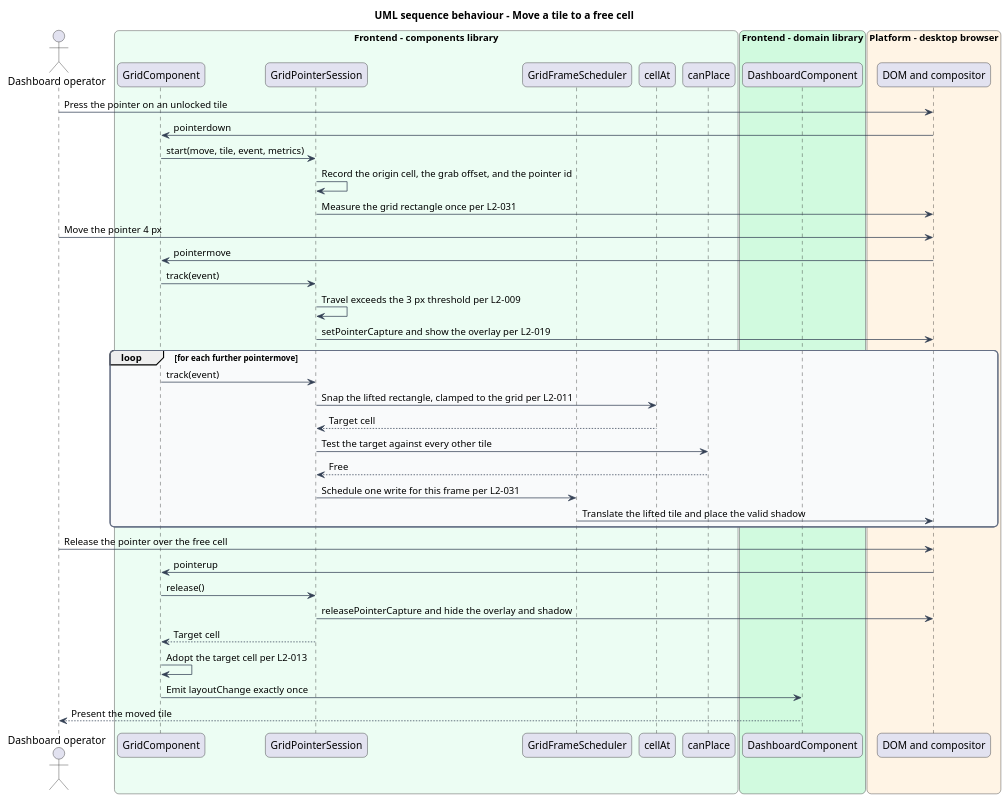
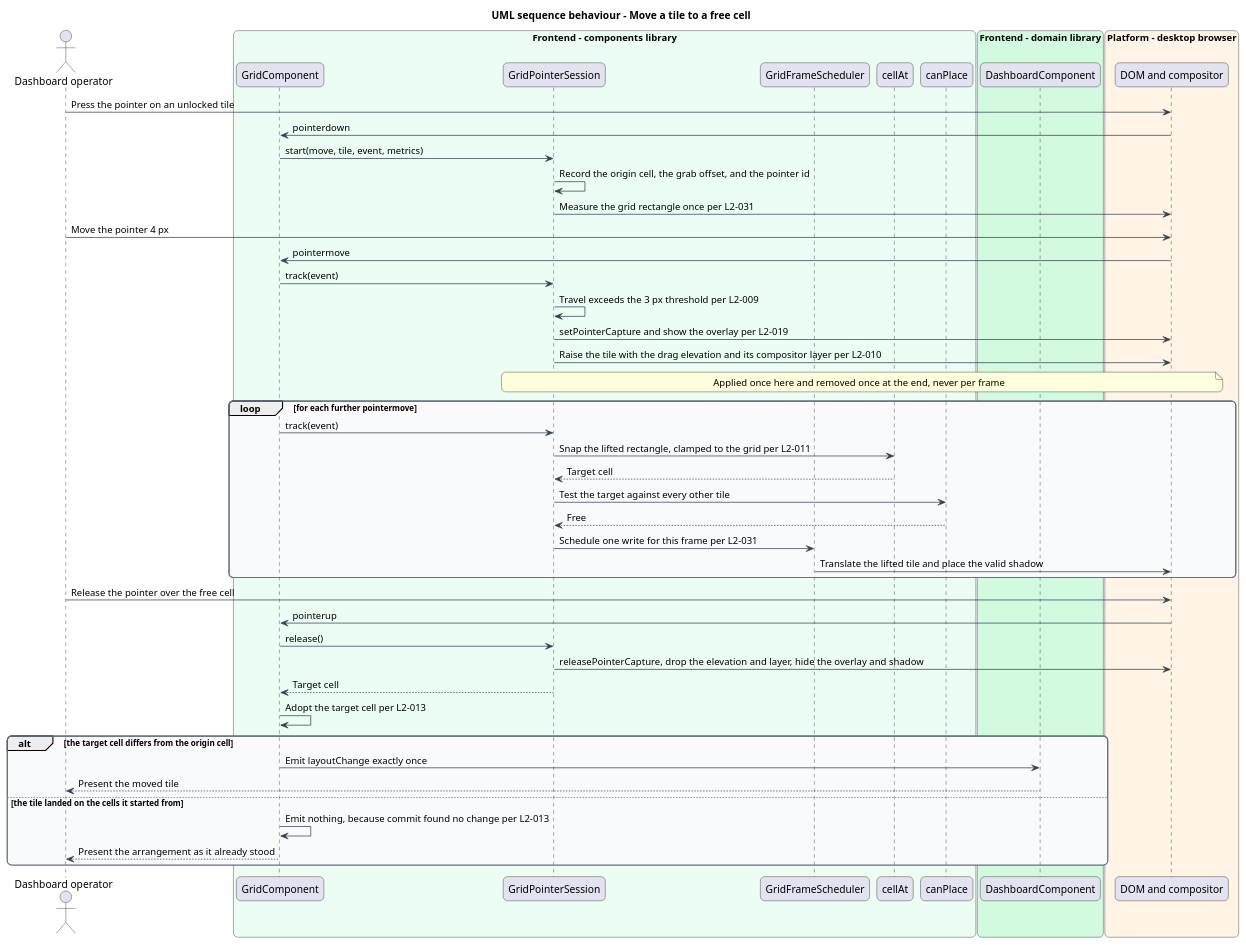
One commit to QuinntyneBrown/qbc-grid changed the diagram in docs/detailed-designs/tile-interaction/move-a-tile/diagrams/sequence-move-commit.puml. Above: the diagram before and after it, drawn with PlantUML. The commit also changed 4 other files, not shown here.

First line of the commit message:
docs: finish the diagram sweep, and guard requirement coverage

```diff
--- a/docs/detailed-designs/tile-interaction/move-a-tile/diagrams/sequence-move-commit.puml
+++ b/docs/detailed-designs/tile-interaction/move-a-tile/diagrams/sequence-move-commit.puml
@@ -1,59 +1,66 @@
 @startuml
 title UML sequence behaviour - Move a tile to a free cell
 skinparam backgroundColor #FFFFFF
 skinparam shadowing false
 skinparam roundcorner 12
 skinparam defaultFontName Arial
 skinparam ArrowColor #344054
 skinparam rectangle {
   BorderColor #344054
   FontColor #101828
 }
 skinparam package {
   BorderColor #667085
   FontColor #101828
   BackgroundColor #F9FAFB
 }
 actor "Dashboard operator" as actor
 box "Frontend - components library" #ECFDF3
   participant "GridComponent" as grid
   participant "GridPointerSession" as session
   participant "GridFrameScheduler" as scheduler
   participant "cellAt" as cellat
   participant "canPlace" as canplace
 end box
 box "Frontend - domain library" #D1FADF
   participant "DashboardComponent" as dashboard
 end box
 box "Platform - desktop browser" #FFF4E5
   participant "DOM and compositor" as dom
 end box
 
 actor -> dom : Press the pointer on an unlocked tile
 dom -> grid : pointerdown
 grid -> session : start(move, tile, event, metrics)
 session -> session : Record the origin cell, the grab offset, and the pointer id
 session -> dom : Measure the grid rectangle once per L2-031
 actor -> dom : Move the pointer 4 px
 dom -> grid : pointermove
 grid -> session : track(event)
 session -> session : Travel exceeds the 3 px threshold per L2-009
 session -> dom : setPointerCapture and show the overlay per L2-019
+session -> dom : Raise the tile with the drag elevation and its compositor layer per L2-010
+note over session, dom : Applied once here and removed once at the end, never per frame
 loop for each further pointermove
   grid -> session : track(event)
   session -> cellat : Snap the lifted rectangle, clamped to the grid per L2-011
   cellat --> session : Target cell
   session -> canplace : Test the target against every other tile
   canplace --> session : Free
   session -> scheduler : Schedule one write for this frame per L2-031
   scheduler -> dom : Translate the lifted tile and place the valid shadow
 end
 actor -> dom : Release the pointer over the free cell
 dom -> grid : pointerup
 grid -> session : release()
-session -> dom : releasePointerCapture and hide the overlay and shadow
+session -> dom : releasePointerCapture, drop the elevation and layer, hide the overlay and shadow
 session --> grid : Target cell
 grid -> grid : Adopt the target cell per L2-013
-grid -> dashboard : Emit layoutChange exactly once
-dashboard --> actor : Present the moved tile
+alt the target cell differs from the origin cell
+  grid -> dashboard : Emit layoutChange exactly once
+  dashboard --> actor : Present the moved tile
+else the tile landed on the cells it started from
+  grid -> grid : Emit nothing, because commit found no change per L2-013
+  grid --> actor : Present the arrangement as it already stood
+end
 @enduml
```
